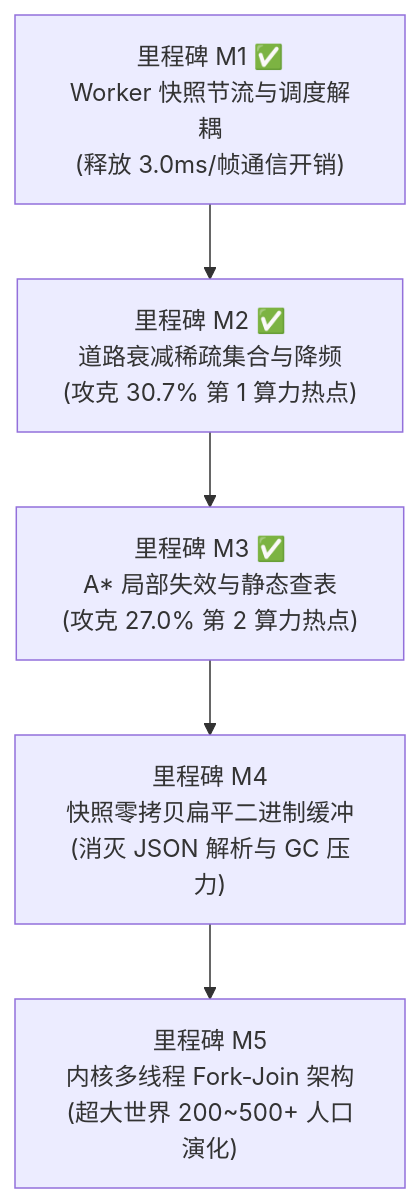
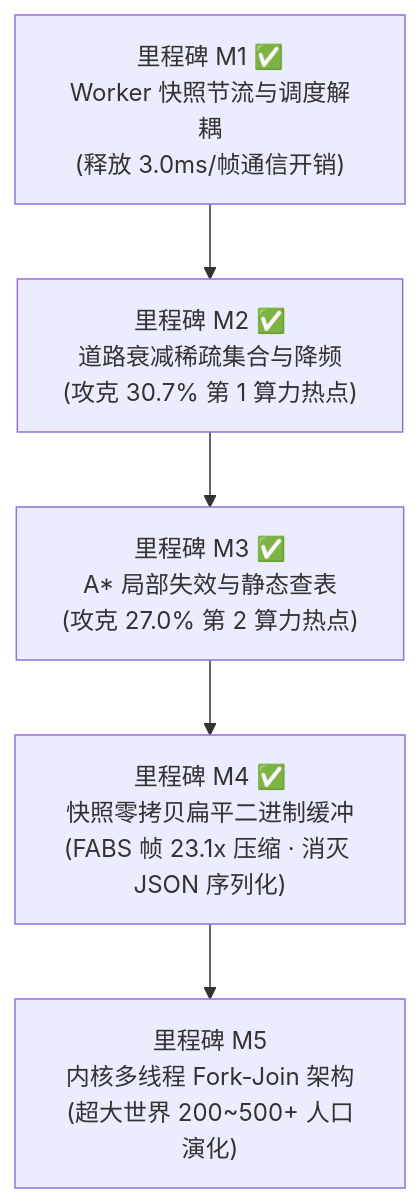
The diagram in docs/16-plan-performance-optimization.md (g39088902/FlowAndAccord), drawn with Mermaid before and after one commit. The commit also changed other lines of this file and 49 other files, not shown here.

````diff
--- a/docs/16-plan-performance-optimization.md
+++ b/docs/16-plan-performance-optimization.md
@@ -58,7 +58,7 @@
 ```mermaid
 graph TD
     M1["里程碑 M1 ✅<br/>Worker 快照节流与调度解耦<br/>(释放 3.0ms/帧通信开销)"] --> M2["里程碑 M2 ✅<br/>道路衰减稀疏集合与降频<br/>(攻克 30.7% 第 1 算力热点)"]
     M2 --> M3["里程碑 M3 ✅<br/>A* 局部失效与静态查表<br/>(攻克 27.0% 第 2 算力热点)"]
-    M3 --> M4["里程碑 M4<br/>快照零拷贝扁平二进制缓冲<br/>(消灭 JSON 解析与 GC 压力)"]
+    M3 --> M4["里程碑 M4 ✅<br/>快照零拷贝扁平二进制缓冲<br/>(FABS 帧 23.1x 压缩 · 消灭 JSON 序列化)"]
     M4 --> M5["里程碑 M5<br/>内核多线程 Fork-Join 架构<br/>(超大世界 200~500+ 人口演化)"]
 ```
````
